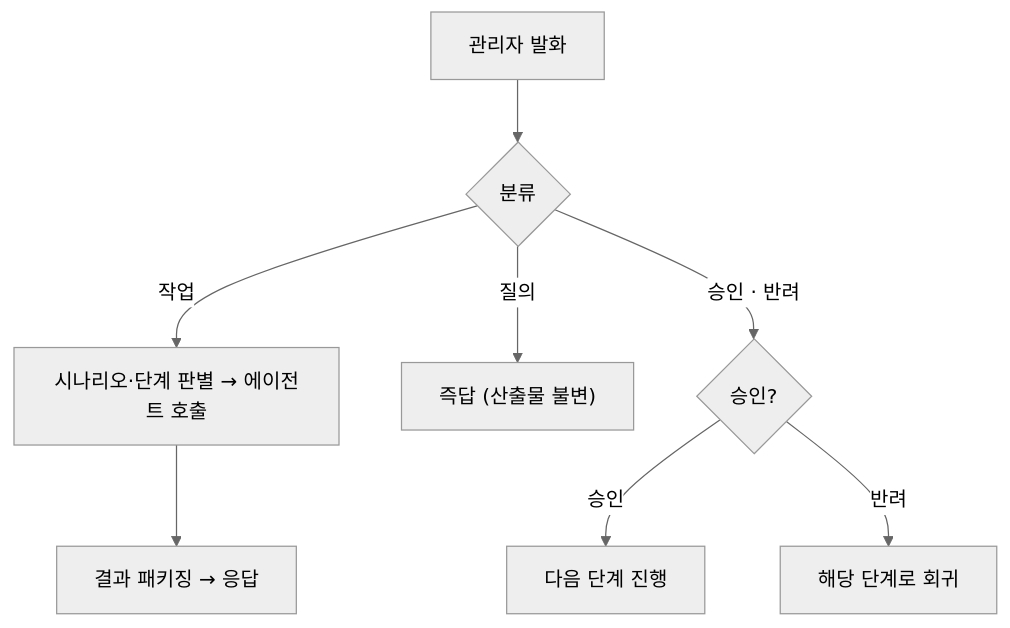
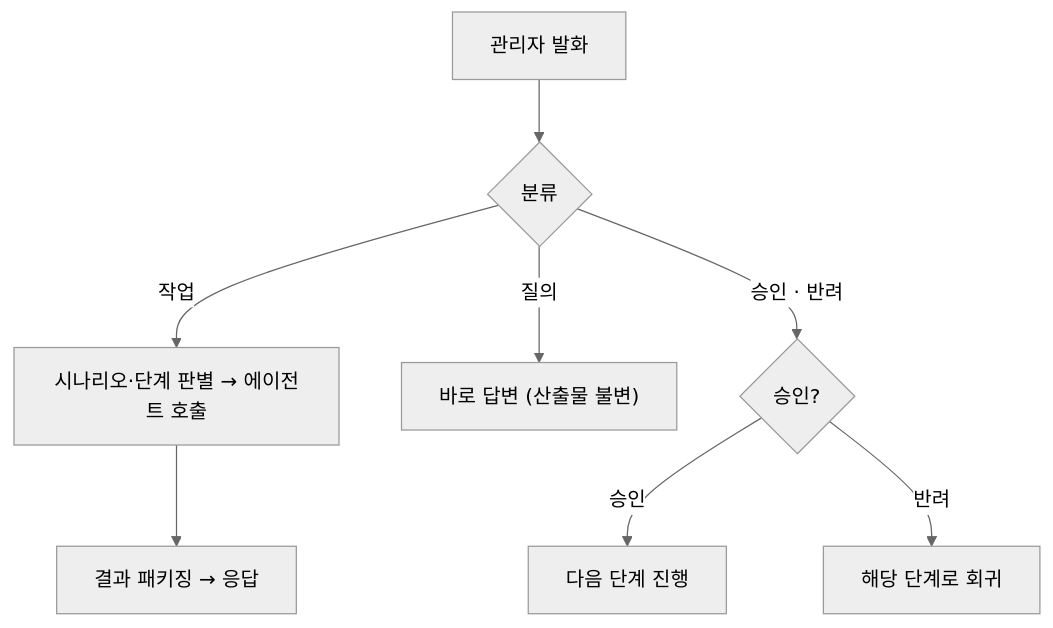
One commit to Doc-AI-Agent-development/Doc-AI-Agent-development.github.io changed the second of 2 diagrams in docs/agents/dialog.md. Above: the diagram before and after it, drawn with Mermaid (neutral theme). The commit also changed other lines of this file and 3 other files, not shown here.

First line of the commit message:
Refine 4 agent diagrams and wording

````diff
--- a/docs/agents/dialog.md
+++ b/docs/agents/dialog.md
@@ -49,10 +49,10 @@
 ```mermaid
 flowchart TD
     T["관리자 발화"] --> C{"분류"}
     C -->|"작업"| ROUTE["시나리오·단계 판별 → 에이전트 호출"]
-    C -->|"질의"| QA["즉답 (산출물 불변)"]
+    C -->|"질의"| QA["바로 답변 (산출물 불변)"]
     C -->|"승인 · 반려"| CP{"승인?"}
     CP -->|"승인"| NEXT["다음 단계 진행"]
     CP -->|"반려"| BACK["해당 단계로 회귀"]
     ROUTE --> PKG["결과 패키징 → 응답"]
 ```
````
